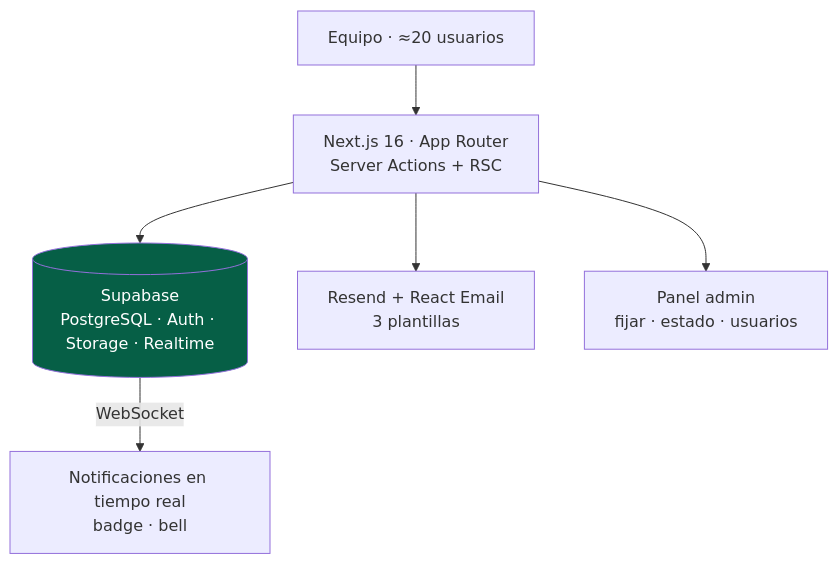
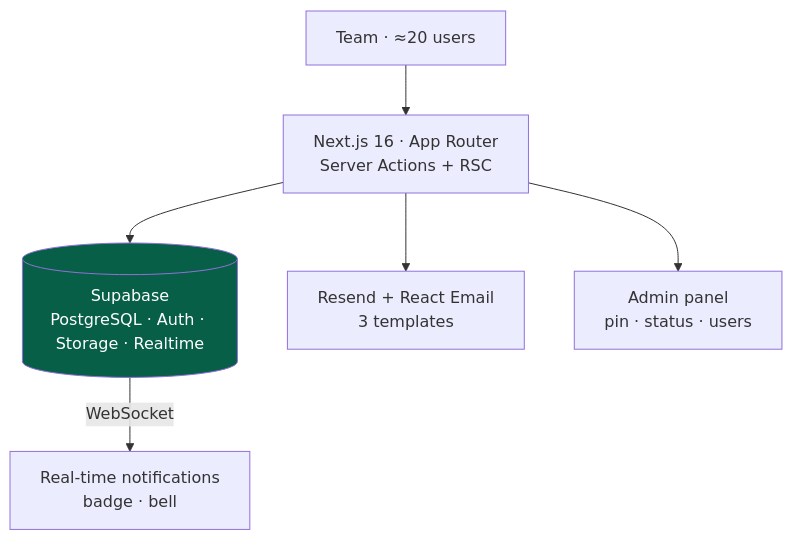
One commit to aleglope/production-systems-case-studies changed the diagram in projects/logitasks.md. Above: the diagram before and after it, drawn with Mermaid. The commit also changed other lines of this file and 25 other files, not shown here.

````diff
--- a/projects/logitasks.md
+++ b/projects/logitasks.md
@@ -17,10 +19,10 @@
 ```mermaid
 flowchart TB
-    USER["Equipo · ≈20 usuarios"] --> APP["Next.js 16 · App Router<br/>Server Actions + RSC"]
+    USER["Team · ≈20 users"] --> APP["Next.js 16 · App Router<br/>Server Actions + RSC"]
     APP --> SUPA[("Supabase<br/>PostgreSQL · Auth · Storage · Realtime")]
-    SUPA -- "WebSocket" --> RT["Notificaciones en tiempo real<br/>badge · bell"]
-    APP --> RESEND["Resend + React Email<br/>3 plantillas"]
-    APP --> ADMIN["Panel admin<br/>fijar · estado · usuarios"]
+    SUPA -- "WebSocket" --> RT["Real-time notifications<br/>badge · bell"]
+    APP --> RESEND["Resend + React Email<br/>3 templates"]
+    APP --> ADMIN["Admin panel<br/>pin · status · users"]
 
     style SUPA fill:#065f46,color:#fff
 ```
````
